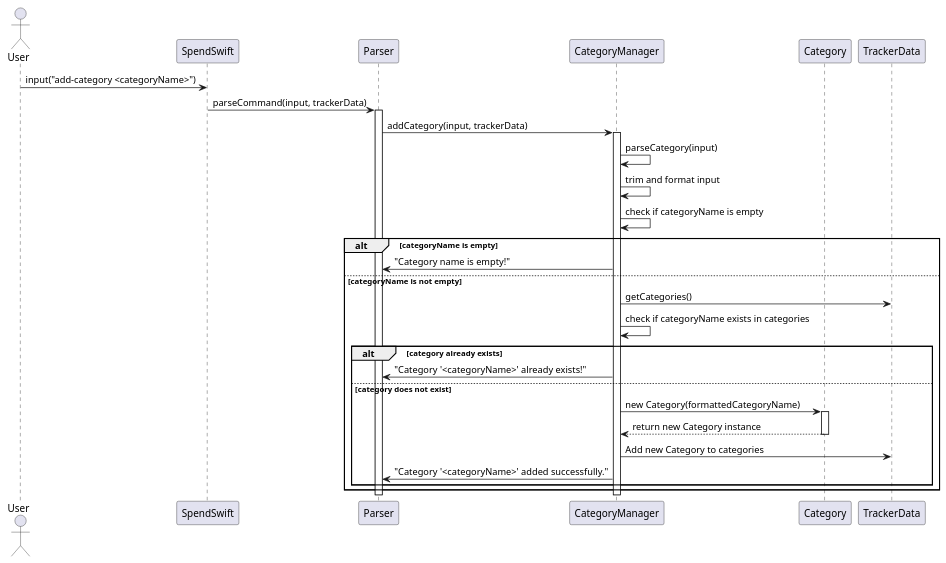
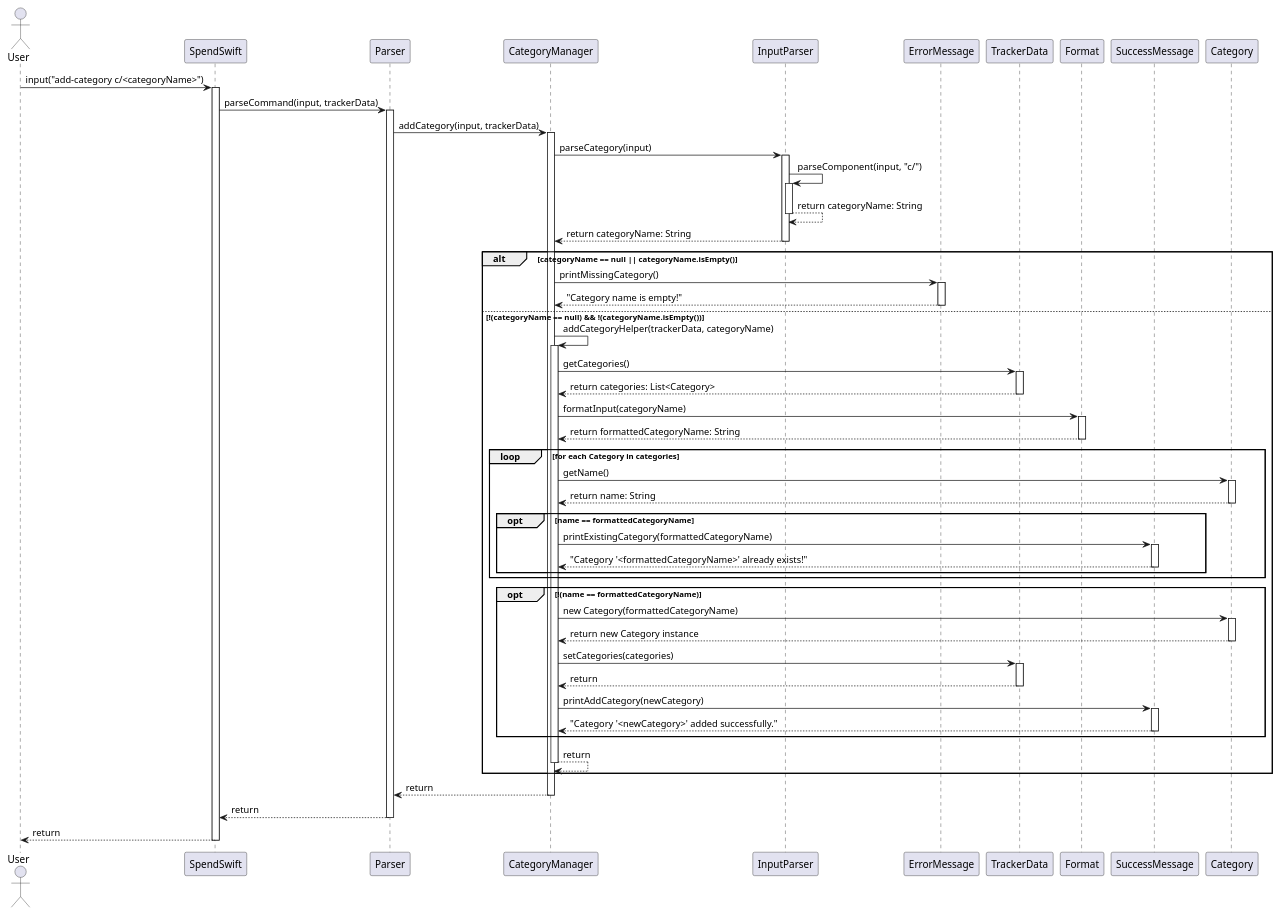
Before and after one commit to nus-cs2113-AY2425S1/tp: the diagram in docs/diagrams/AddCategory.puml, drawn with PlantUML. The commit also changed 10 other files, not shown here.

Commit message:
Add add-category sequence diagram

```diff
--- a/docs/diagrams/AddCategory.puml
+++ b/docs/diagrams/AddCategory.puml
@@ -1,42 +1,92 @@
 @startuml
 
 actor User
 participant SpendSwift
 participant Parser
 participant CategoryManager
+participant InputParser
+participant ErrorMessage
+participant TrackerData
+participant Format
+participant SuccessMessage
 participant Category
-participant TrackerData
 
-User -> SpendSwift : input("add-category <categoryName>")
+User -> SpendSwift : input("add-category c/<categoryName>")
+activate SpendSwift
 SpendSwift -> Parser : parseCommand(input, trackerData)
 
 activate Parser
 Parser -> CategoryManager : addCategory(input, trackerData)
 
 activate CategoryManager
-CategoryManager -> CategoryManager : parseCategory(input)
-CategoryManager -> CategoryManager : trim and format input
-CategoryManager -> CategoryManager : check if categoryName is empty
+CategoryManager -> InputParser : parseCategory(input)
 
-alt categoryName is empty
-    CategoryManager -> Parser : "Category name is empty!"
-else categoryName is not empty
+activate InputParser
+InputParser -> InputParser : parseComponent(input, "c/")
+
+    activate InputParser
+    InputParser --> InputParser : return categoryName: String
+    deactivate InputParser
+
+InputParser --> CategoryManager : return categoryName: String
+deactivate InputParser
+
+alt categoryName == null || categoryName.isEmpty()
+    CategoryManager -> ErrorMessage : printMissingCategory()
+    activate ErrorMessage
+    ErrorMessage --> CategoryManager : "Category name is empty!"
+    deactivate ErrorMessage
+
+else !(categoryName == null) && !(categoryName.isEmpty())
+    CategoryManager -> CategoryManager : addCategoryHelper(trackerData, categoryName)
+    activate CategoryManager
     CategoryManager -> TrackerData : getCategories()
-    CategoryManager -> CategoryManager : check if categoryName exists in categories
+    activate TrackerData
+    TrackerData --> CategoryManager : return categories: List<Category>
+    deactivate TrackerData
 
-    alt category already exists
-        CategoryManager -> Parser : "Category '<categoryName>' already exists!"
-    else category does not exist
+    CategoryManager -> Format : formatInput(categoryName)
+    activate Format
+    Format --> CategoryManager : return formattedCategoryName: String
+    deactivate Format
+
+    loop for each Category in categories
+        CategoryManager -> Category : getName()
+        activate Category
+        Category --> CategoryManager : return name: String
+        deactivate Category
+
+        opt name == formattedCategoryName
+            CategoryManager -> SuccessMessage : printExistingCategory(formattedCategoryName)
+            activate SuccessMessage
+            SuccessMessage --> CategoryManager : "Category '<formattedCategoryName>' already exists!"
+            deactivate SuccessMessage
+        end
+    end
+
+    opt !(name == formattedCategoryName)
         CategoryManager -> Category : new Category(formattedCategoryName)
         activate Category
         Category --> CategoryManager : return new Category instance
         deactivate Category
 
-        CategoryManager -> TrackerData : Add new Category to categories
-        CategoryManager -> Parser : "Category '<categoryName>' added successfully."
+        CategoryManager -> TrackerData : setCategories(categories)
+        activate TrackerData
+        TrackerData --> CategoryManager : return
+        deactivate TrackerData
+        CategoryManager -> SuccessMessage : printAddCategory(newCategory)
+        activate SuccessMessage
+        SuccessMessage --> CategoryManager : "Category '<newCategory>' added successfully."
+        deactivate SuccessMessage
     end
+    CategoryManager --> CategoryManager : return
+    deactivate CategoryManager
 end
 
+CategoryManager --> Parser : return
 deactivate CategoryManager
+Parser --> SpendSwift : return
 deactivate Parser
+SpendSwift --> User : return
+deactivate SpendSwift
 @enduml
```
